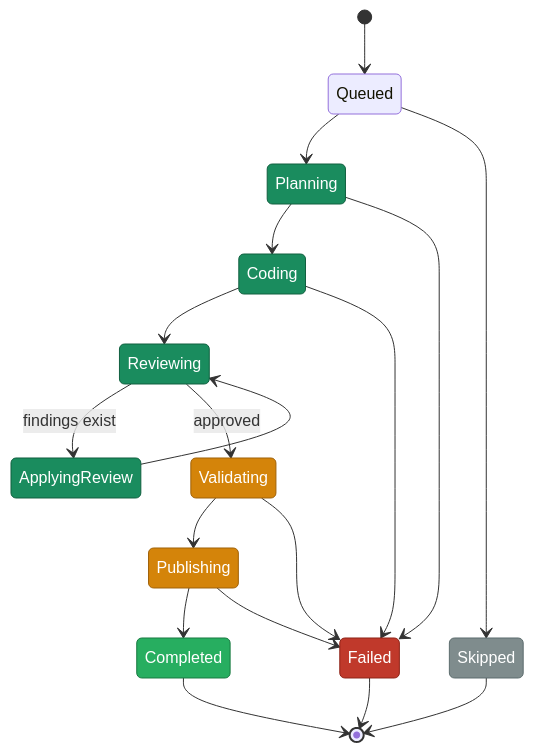
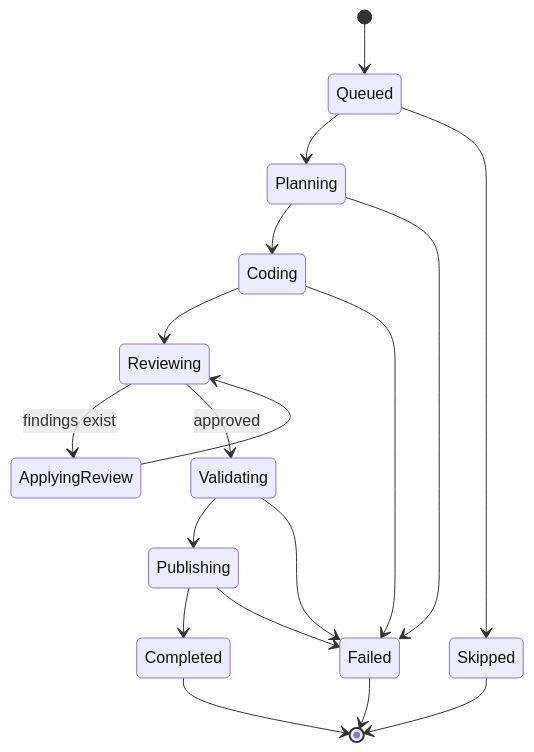
Before and after one commit to SpaceOgre/ado-autonomous-worker: the third of 3 diagrams in README.md, drawn with Mermaid. The commit also changed other lines of this file, not shown here.

First line of the commit message:
docs: restructure and improve README per review plan

````diff
--- a/README.md
+++ b/README.md
@@ -71,32 +86,20 @@
 ```mermaid
 stateDiagram-v2
-    classDef agent   fill:#1A8C5E,stroke:#116040,color:#fff
-    classDef check   fill:#D4840A,stroke:#A0620A,color:#fff
-    classDef success fill:#27AE60,stroke:#1A7A42,color:#fff
-    classDef failure fill:#C0392B,stroke:#8E2418,color:#fff
-    classDef skipped fill:#7F8C8D,stroke:#5D6D6E,color:#fff
-
     [*] --> Queued
     Queued --> Planning
     Planning --> Coding
     Coding --> Reviewing
     Reviewing --> ApplyingReview : findings exist
     ApplyingReview --> Reviewing
     Reviewing --> Validating : approved
     Validating --> Publishing
     Publishing --> Completed
     Planning --> Failed
     Coding --> Failed
     Validating --> Failed
     Publishing --> Failed
     Queued --> Skipped
     Completed --> [*]
     Failed --> [*]
     Skipped --> [*]
-
-    class Planning,Coding,Reviewing,ApplyingReview agent
-    class Validating,Publishing check
-    class Completed success
-    class Failed failure
-    class Skipped skipped
 ```
````
